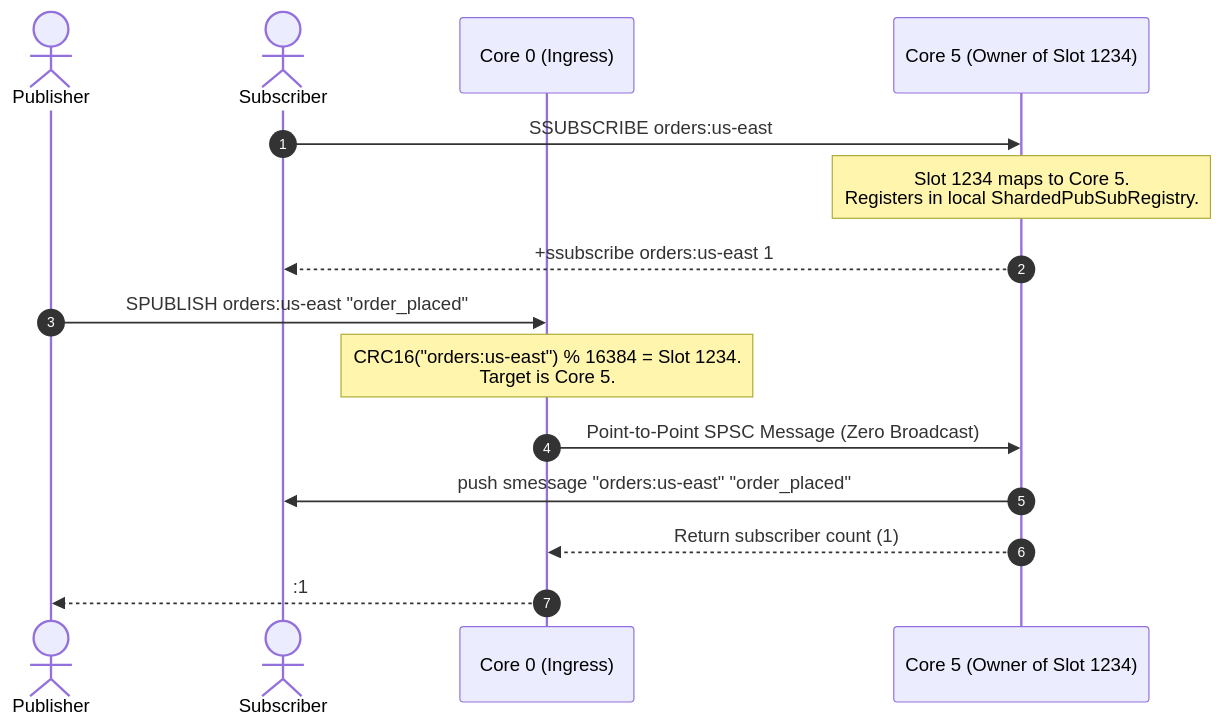
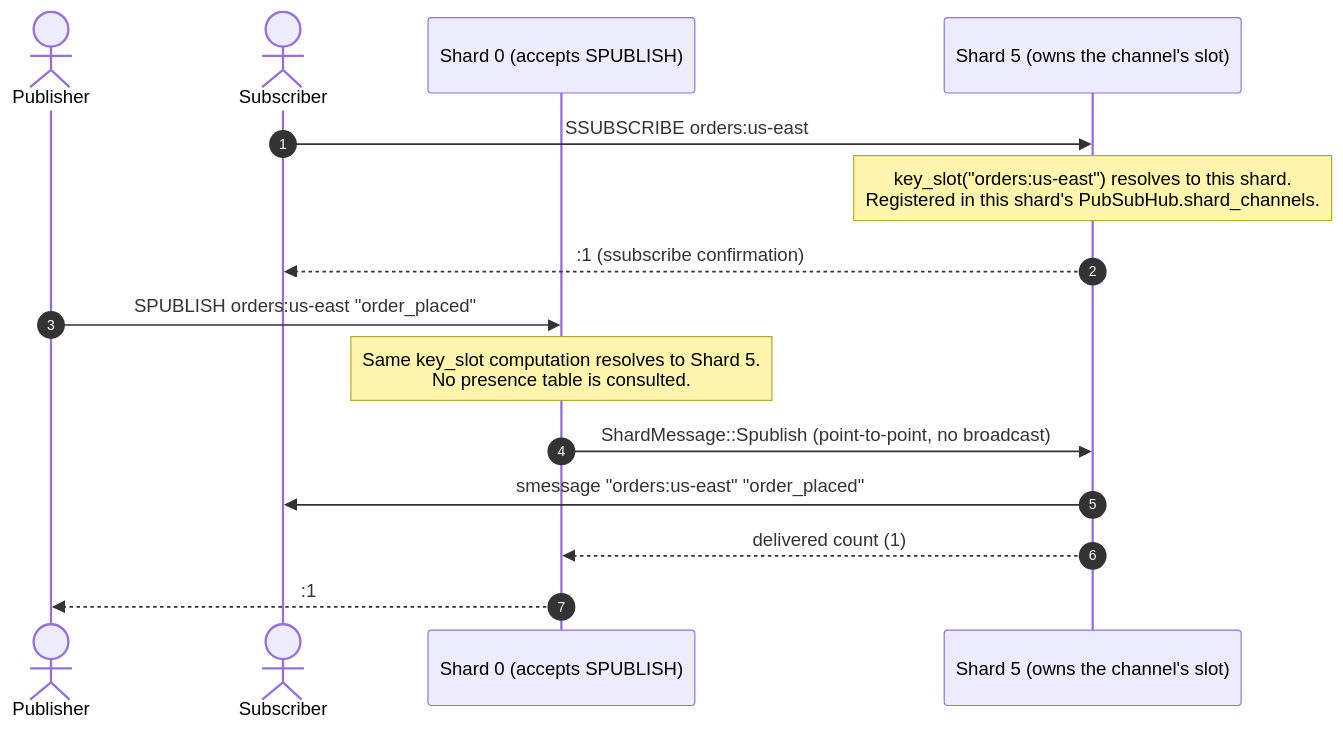
Before and after one commit to warrenzhu25/rudis: the diagram in docs/pub-sub.md, drawn with Mermaid. The commit also changed other lines of this file and 56 other files, not shown here.

````diff
--- a/docs/pub-sub.md
+++ b/docs/pub-sub.md
@@ -76,19 +125,19 @@
 ```mermaid
 sequenceDiagram
     autonumber
     actor Publisher
     actor Subscriber
-    participant Core0 as Core 0 (Ingress)
-    participant Core5 as Core 5 (Owner of Slot 1234)
+    participant Shard0 as Shard 0 (accepts SPUBLISH)
+    participant Shard5 as Shard 5 (owns the channel's slot)
 
-    Subscriber->>Core5: SSUBSCRIBE orders:us-east
-    Note over Core5: Slot 1234 maps to Core 5.<br/>Registers in local ShardedPubSubRegistry.
-    Core5-->>Subscriber: +ssubscribe orders:us-east 1
+    Subscriber->>Shard5: SSUBSCRIBE orders:us-east
+    Note over Shard5: key_slot("orders:us-east") resolves to this shard.<br/>Registered in this shard's PubSubHub.shard_channels.
+    Shard5-->>Subscriber: :1 (ssubscribe confirmation)
 
-    Publisher->>Core0: SPUBLISH orders:us-east "order_placed"
-    Note over Core0: CRC16("orders:us-east") % 16384 = Slot 1234.<br/>Target is Core 5.
-    Core0->>Core5: Point-to-Point SPSC Message (Zero Broadcast)
-    Core5->>Subscriber: push smessage "orders:us-east" "order_placed"
-    Core5-->>Core0: Return subscriber count (1)
-    Core0-->>Publisher: :1
+    Publisher->>Shard0: SPUBLISH orders:us-east "order_placed"
+    Note over Shard0: Same key_slot computation resolves to Shard 5.<br/>No presence table is consulted.
+    Shard0->>Shard5: ShardMessage::Spublish (point-to-point, no broadcast)
+    Shard5->>Subscriber: smessage "orders:us-east" "order_placed"
+    Shard5-->>Shard0: delivered count (1)
+    Shard0-->>Publisher: :1
 ```
````
